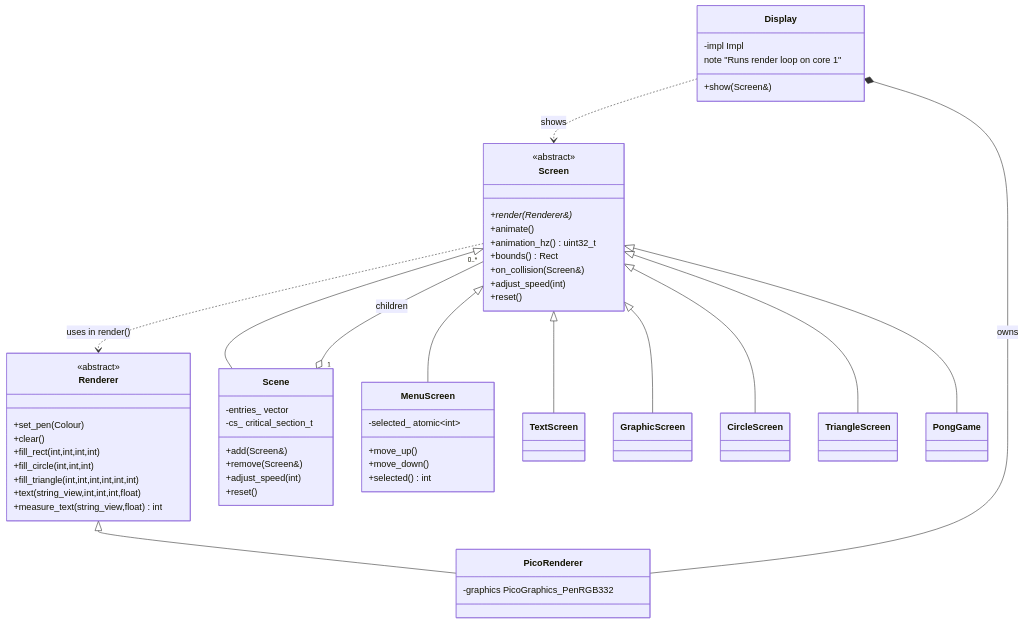
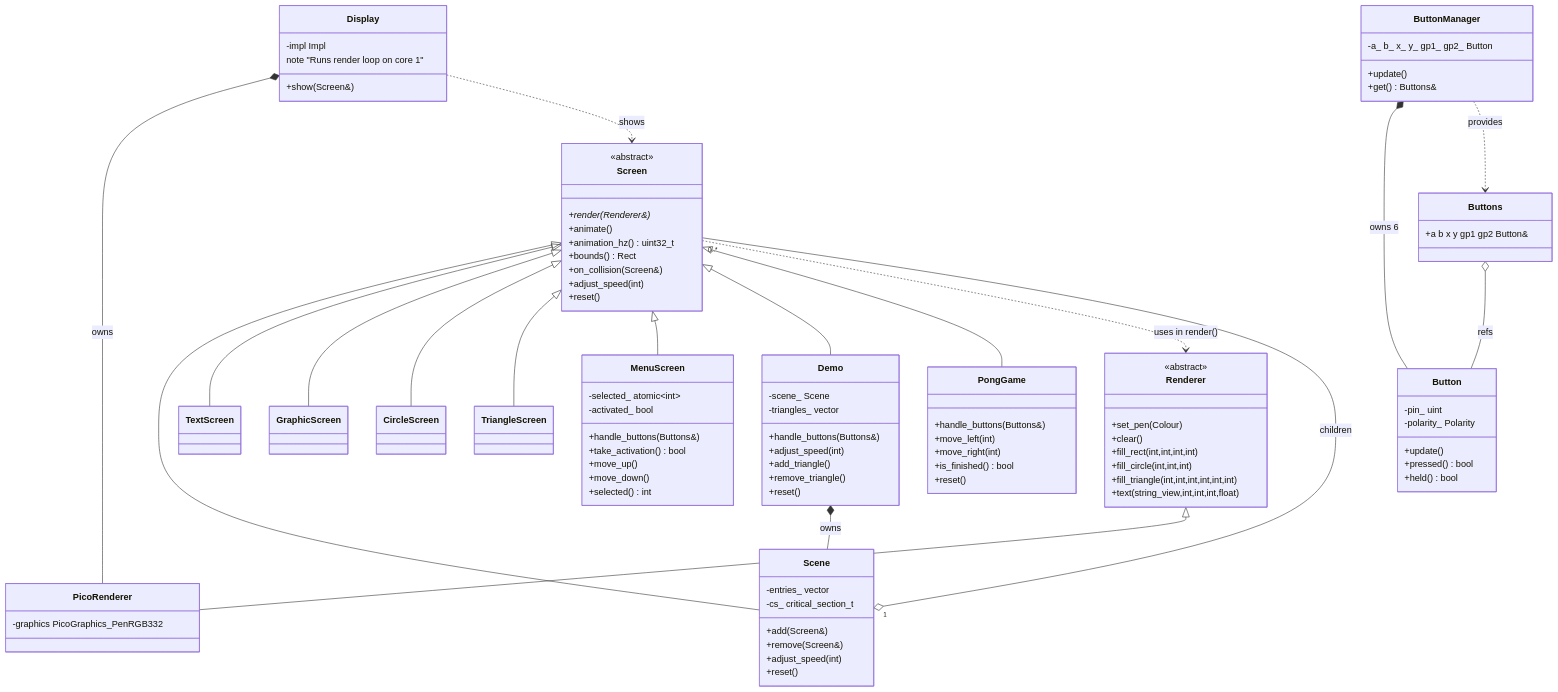
One commit to ptheta/pico_pico_explorer changed the diagram in README.md. Above: the diagram before and after it, drawn with Mermaid. The commit also changed other lines of this file, not shown here.

Commit message:
Update README: buttons, architecture, class diagram, project structure
- Document GP1 (back) and GP2 (select) extra buttons
- Fix button tables: remove Y-hold-5s back, add GP1/GP2 rows
- Add menu navigation row
- Add Button, ButtonManager, Buttons, Demo to class diagram
- Show Demo owns Scene (composition)
- MenuScreen updated with handle_buttons/take_activation
- Project structure reflects lib/ and apps/ layout and main.cpp rename

````diff
--- a/README.md
+++ b/README.md
@@ -72,7 +76,6 @@
         +fill_circle(int,int,int)
         +fill_triangle(int,int,int,int,int,int)
         +text(string_view,int,int,int,float)
-        +measure_text(string_view,float) int
     }
 
     class PicoRenderer {
@@ -95,17 +98,50 @@
     }
 
     class MenuScreen {
+        +handle_buttons(Buttons&)
+        +take_activation() bool
         +move_up()
         +move_down()
         +selected() int
         -selected_ atomic~int~
+        -activated_ bool
     }
 
-    class TextScreen
-    class GraphicScreen
-    class CircleScreen
-    class TriangleScreen
-    class PongGame
+    class Demo {
+        +handle_buttons(Buttons&)
+        +adjust_speed(int)
+        +add_triangle()
+        +remove_triangle()
+        +reset()
+        -scene_ Scene
+        -triangles_ vector
+    }
+
+    class PongGame {
+        +handle_buttons(Buttons&)
+        +move_left(int)
+        +move_right(int)
+        +is_finished() bool
+        +reset()
+    }
+
+    class Button {
+        +update()
+        +pressed() bool
+        +held() bool
+        -pin_ uint
+        -polarity_ Polarity
+    }
+
+    class ButtonManager {
+        +update()
+        +get() Buttons&
+        -a_ b_ x_ y_ gp1_ gp2_ Button
+    }
+
+    class Buttons {
+        +a b x y gp1 gp2 Button&
+    }
 
     Screen <|-- Scene
     Screen <|-- TextScreen
@@ -113,14 +149,20 @@
     Screen <|-- CircleScreen
     Screen <|-- TriangleScreen
     Screen <|-- MenuScreen
+    Screen <|-- Demo
     Screen <|-- PongGame
 
     Renderer <|-- PicoRenderer
 
+    Demo *-- Scene : owns
     Scene "1" o-- "0..*" Screen : children
 
     Display *-- PicoRenderer : owns
     Display ..> Screen : shows
 
     Screen ..> Renderer : uses in render()
+
+    ButtonManager *-- Button : owns 6
+    ButtonManager ..> Buttons : provides
+    Buttons o-- Button : refs
 ```
````
